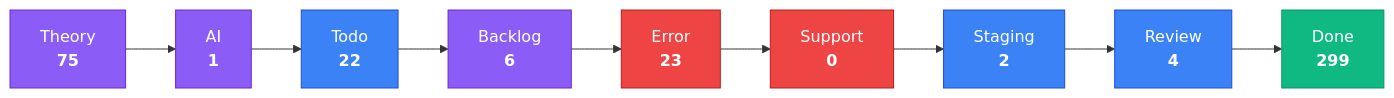
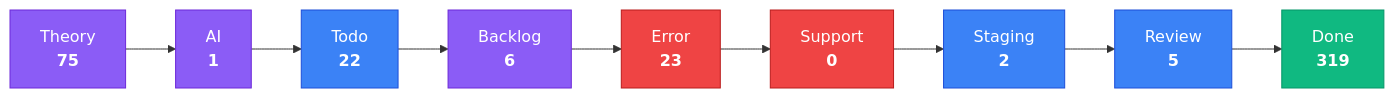
One commit to KBVE/kbve changed the third of 4 diagrams in apps/kbve/astro-kbve/src/content/docs/dashboard/kanban-data.mdx. Above: the diagram before and after it, drawn with Mermaid. The commit also changed other lines of this file and 2 other files, not shown here.

````diff
--- a/apps/kbve/astro-kbve/src/content/docs/dashboard/kanban-data.mdx
+++ b/apps/kbve/astro-kbve/src/content/docs/dashboard/kanban-data.mdx
@@ -215,28 +215,28 @@
 ```mermaid
 flowchart LR
     classDef planning fill:#8b5cf6,stroke:#6d28d9,color:#fff
     classDef active fill:#3b82f6,stroke:#1d4ed8,color:#fff
     classDef blocked fill:#ef4444,stroke:#b91c1c,color:#fff
     classDef done fill:#10b981,stroke:#059669,color:#fff
     Theory["Theory<br/><strong>75</strong>"]
     Theory --> AI
     AI["AI<br/><strong>1</strong>"]
     AI --> Todo
     Todo["Todo<br/><strong>22</strong>"]
     Todo --> Backlog
     Backlog["Backlog<br/><strong>6</strong>"]
     Backlog --> Error
     Error["Error<br/><strong>23</strong>"]
     Error --> Support
     Support["Support<br/><strong>0</strong>"]
     Support --> Staging
     Staging["Staging<br/><strong>2</strong>"]
     Staging --> Review
-    Review["Review<br/><strong>4</strong>"]
+    Review["Review<br/><strong>5</strong>"]
     Review --> Done
-    Done["Done<br/><strong>299</strong>"]
+    Done["Done<br/><strong>319</strong>"]
     class Theory,AI,Backlog planning
     class Todo,Staging,Review active
     class Error,Support blocked
     class Done done
 ```
````
